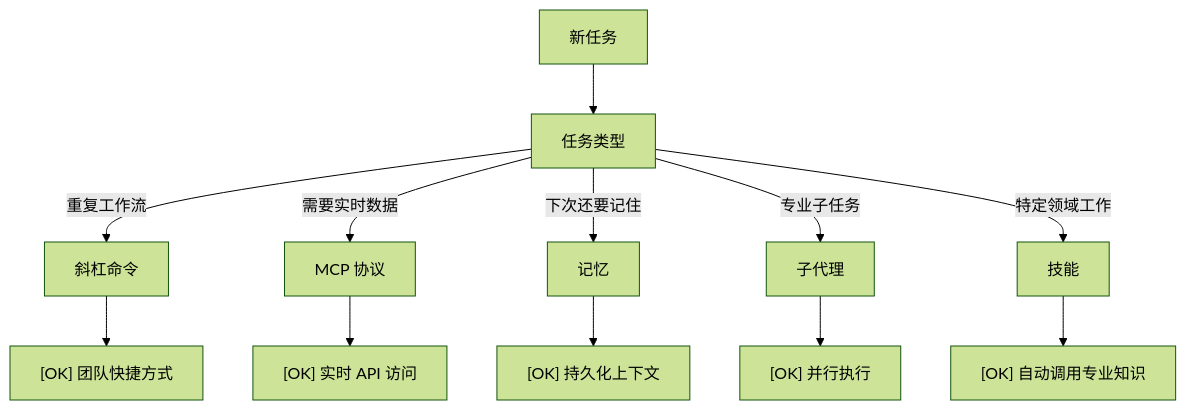
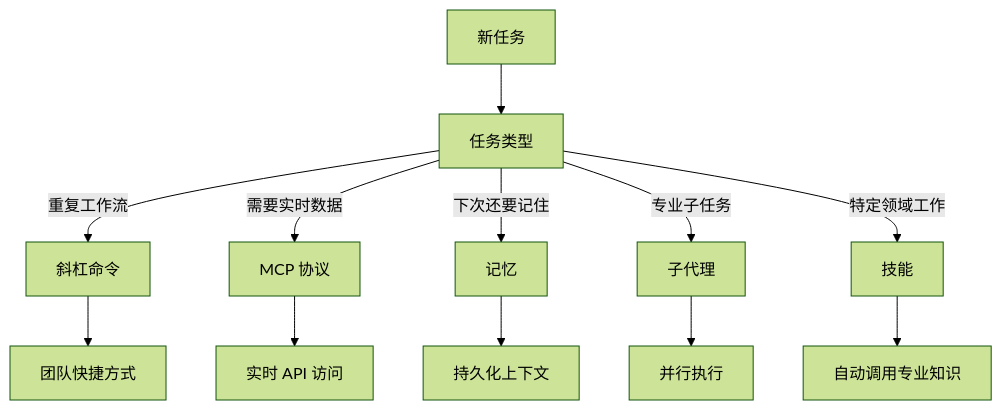
Diagram 30 of 31 in claude_concepts_guide.md (Rx782-Fss/claude-howto-zh), drawn with Mermaid (forest theme) before and after one commit. The commit also changed other lines of this file and 104 other files, not shown here.

````diff
--- a/claude_concepts_guide.md
+++ b/claude_concepts_guide.md
@@ -2712,16 +2695,16 @@
 ```mermaid
 graph TD
-    A["新任务"] --> B["任务类型"]
+    A["新任务"] --> B[任务类型]
 
     B -->|重复工作流| C["斜杠命令"]
     B -->|需要实时数据| D["MCP 协议"]
     B -->|下次还要记住| E["记忆"]
     B -->|专业子任务| F["子代理"]
     B -->|特定领域工作| G["技能"]
 
-    C --> C1["[OK] 团队快捷方式"]
-    D --> D1["[OK] 实时 API 访问"]
-    E --> E1["[OK] 持久化上下文"]
-    F --> F1["[OK] 并行执行"]
-    G --> G1["[OK] 自动调用专业知识"]
+    C --> C1[" 团队快捷方式"]
+    D --> D1[" 实时 API 访问"]
+    E --> E1[" 持久化上下文"]
+    F --> F1[" 并行执行"]
+    G --> G1[" 自动调用专业知识"]
 ```
````
